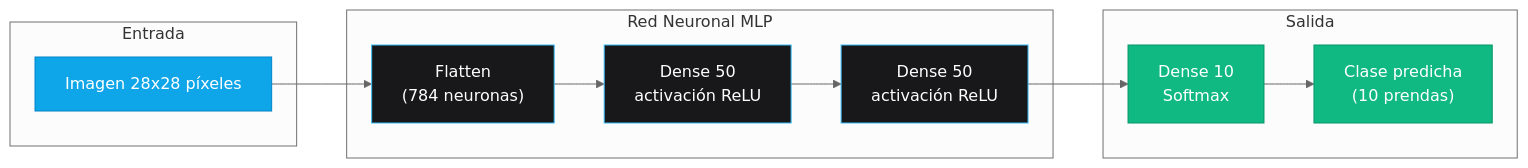
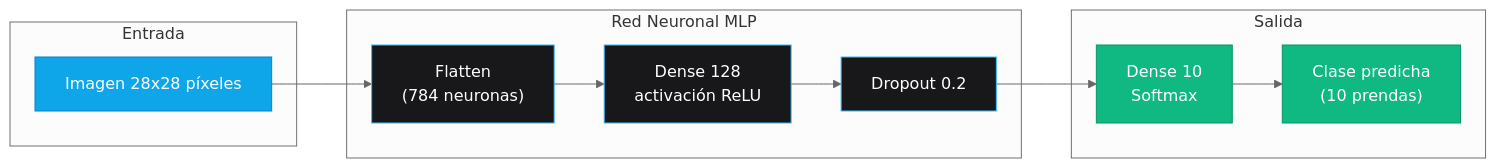
Before and after one commit to esmoliname/clasificador-fashion-mnist: the first of 2 diagrams in README.md, drawn with Mermaid (neutral theme). The commit also changed other lines of this file and 1 other file, not shown here.

Commit message:
docs(frontend): decouple api url, add sri integrity notes, and align readme architecture

````diff
--- a/README.md
+++ b/README.md
@@ -60,27 +60,27 @@
 ```mermaid
 flowchart LR
     subgraph ENTRADA["Entrada"]
         I["Imagen 28x28 píxeles"]
     end
 
     subgraph RED["Red Neuronal MLP"]
         F["Flatten<br/>(784 neuronas)"]
-        D1["Dense 50<br/>activación ReLU"]
-        D2["Dense 50<br/>activación ReLU"]
+        D1["Dense 128<br/>activación ReLU"]
+        Dr["Dropout 0.2"]
     end
 
     subgraph SALIDA["Salida"]
         S["Dense 10<br/>Softmax"]
         P["Clase predicha<br/>(10 prendas)"]
     end
 
-    I --> F --> D1 --> D2 --> S --> P
+    I --> F --> D1 --> Dr --> S --> P
 
     classDef input fill:#0ea5e9,stroke:#0284c7,color:#fff
     classDef layer fill:#18181b,stroke:#38bdf8,color:#fff
     classDef output fill:#10b981,stroke:#059669,color:#fff
 
     class I input
-    class F,D1,D2 layer
+    class F,D1,Dr layer
     class S,P output
 ```
````
